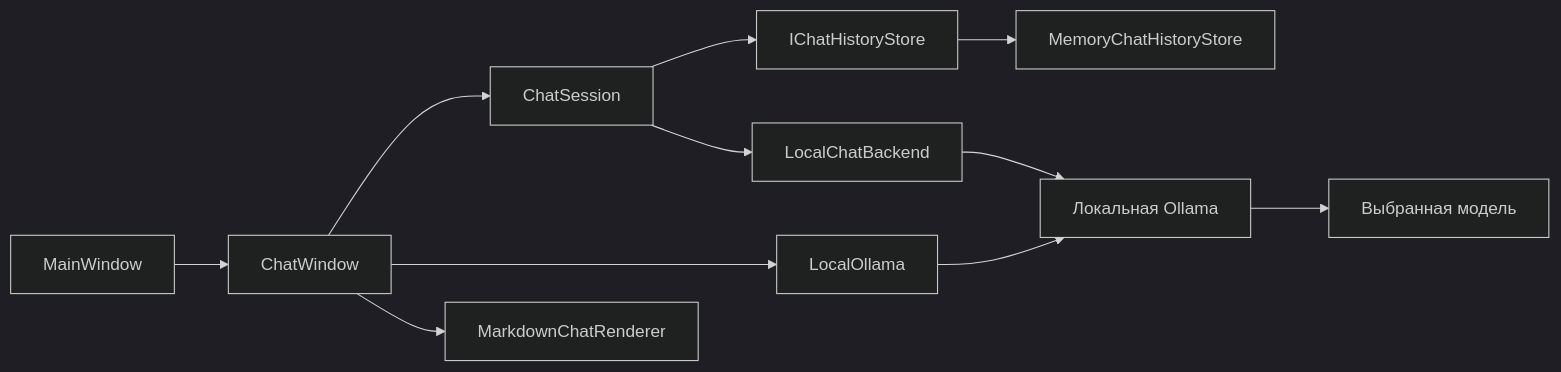
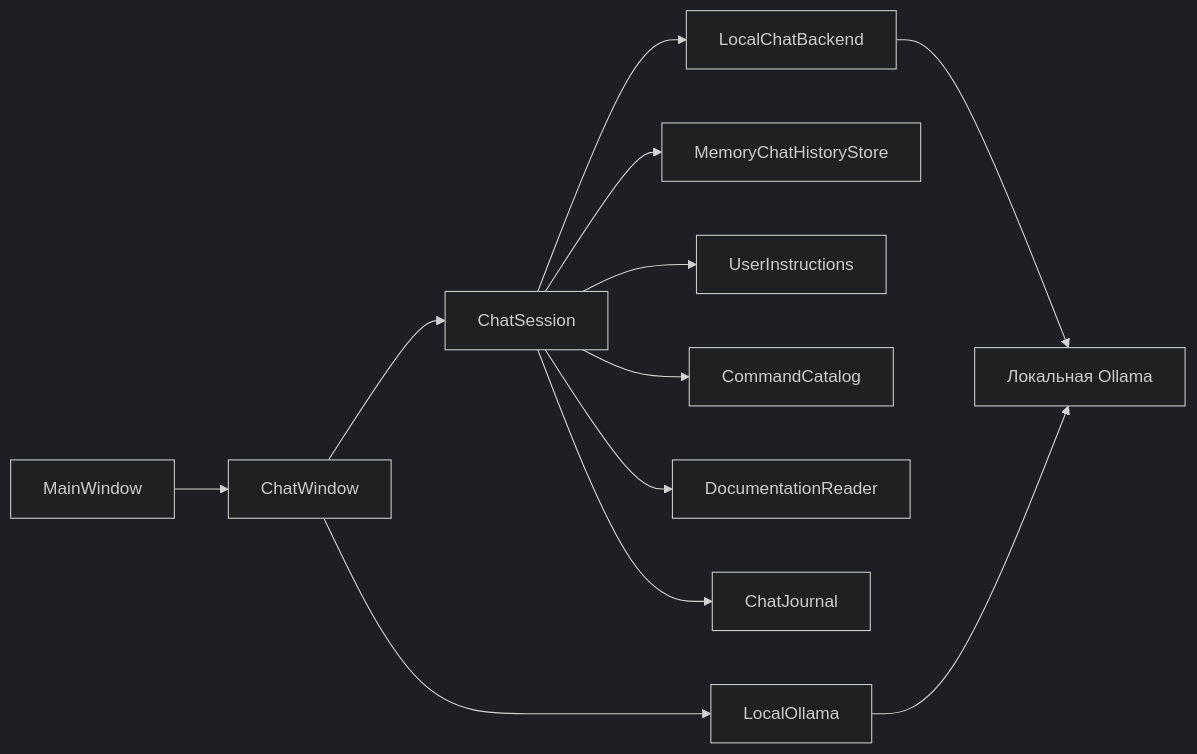
One commit to Eterlos/Desktop-support-personality-DSP- changed the diagram in Chatbot/TECHNICAL.md. Above: the diagram before and after it, drawn with Mermaid (dark theme). The commit also changed other lines of this file and 19 other files, not shown here.

````diff
--- a/Chatbot/TECHNICAL.md
+++ b/Chatbot/TECHNICAL.md
@@ -190,13 +146,14 @@
 ```mermaid
 flowchart LR
-    Main[MainWindow] --> Window[ChatWindow]
-    Window --> Session[ChatSession]
-    Session --> Store[IChatHistoryStore]
-    Store --> Memory[MemoryChatHistoryStore]
-    Session --> Backend[LocalChatBackend]
-    Window --> Setup[LocalOllama]
-    Setup --> Ollama[Локальная Ollama]
-    Backend --> Ollama
-    Ollama --> Model[Выбранная модель]
-    Window --> Renderer[MarkdownChatRenderer]
+    Main[MainWindow] --> UI[ChatWindow]
+    UI --> Setup[LocalOllama]
+    UI --> Session[ChatSession]
+    Session --> Store[MemoryChatHistoryStore]
+    Session --> Instructions[UserInstructions]
+    Session --> Catalog[CommandCatalog]
+    Session --> Docs[DocumentationReader]
+    Session --> Log[ChatJournal]
+    Session --> HTTP[LocalChatBackend]
+    HTTP --> Ollama[Локальная Ollama]
+    Setup --> Ollama
 ```
````
